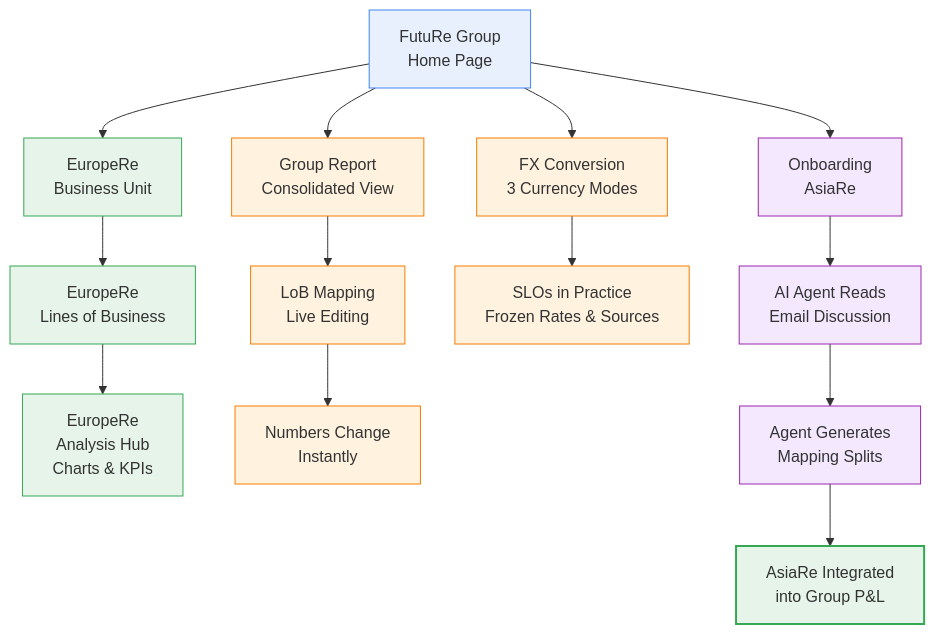
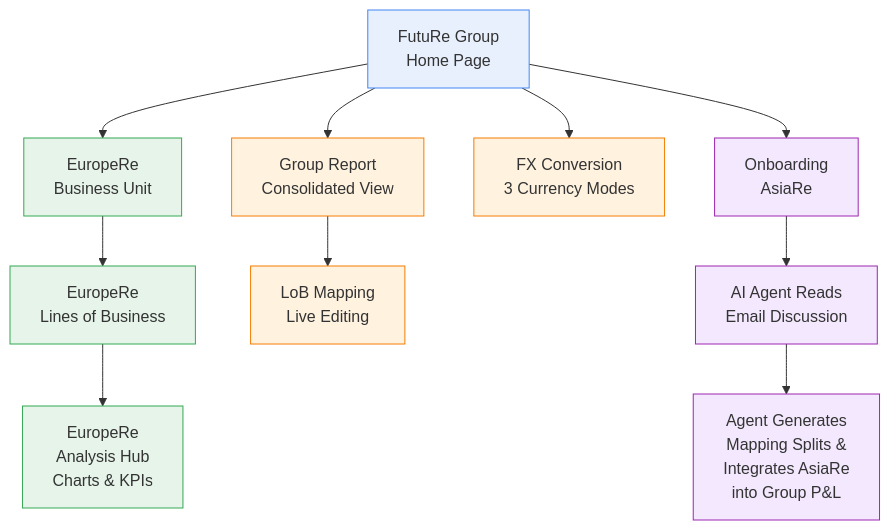
One commit to Systemorph/MeshWeaver changed the diagram in samples/Graph/Data/FutuRe/DemoRoadmap.md. Above: the diagram before and after it, drawn with Mermaid. The commit also changed other lines of this file and 31 other files, not shown here.

````diff
--- a/samples/Graph/Data/FutuRe/DemoRoadmap.md
+++ b/samples/Graph/Data/FutuRe/DemoRoadmap.md
@@ -15,40 +13,35 @@
 ```mermaid
 graph TD
     HOME["FutuRe Group<br/>Home Page"]
 
     HOME --> EU_BU["EuropeRe<br/>Business Unit"]
     EU_BU --> EU_LOB["EuropeRe<br/>Lines of Business"]
     EU_LOB --> EU_HUB["EuropeRe<br/>Analysis Hub<br/>Charts & KPIs"]
 
     HOME --> GROUP["Group Report<br/>Consolidated View"]
     GROUP --> MAPPING["LoB Mapping<br/>Live Editing"]
-    MAPPING --> IMPACT["Numbers Change<br/>Instantly"]
 
     HOME --> FX["FX Conversion<br/>3 Currency Modes"]
-    FX --> SLO["SLOs in Practice<br/>Frozen Rates & Sources"]
 
     HOME --> ASIA["Onboarding<br/>AsiaRe"]
     ASIA --> EMAIL["AI Agent Reads<br/>Email Discussion"]
-    EMAIL --> SPLITS["Agent Generates<br/>Mapping Splits"]
-    SPLITS --> LIVE["AsiaRe Integrated<br/>into Group P&L"]
+    EMAIL --> SPLITS["Agent Generates<br/>Mapping Splits &<br/>Integrates AsiaRe<br/>into Group P&L"]
 
     click HOME "FutuRe"
     click EU_BU "FutuRe/EuropeRe"
     click EU_LOB "FutuRe/EuropeRe/LineOfBusiness/Search"
     click EU_HUB "FutuRe/EuropeRe/Analysis/AnnualReport"
     click GROUP "FutuRe/Analysis/AnnualReport"
     click MAPPING "FutuRe/LobMapping"
     click FX "FutuRe/FxConversion"
 
     classDef home fill:#e8f0fe,stroke:#4285f4,color:#333,font-size:16px
     classDef explore fill:#e6f4ea,stroke:#34a853,color:#333
     classDef data fill:#fff3e0,stroke:#f57c00,color:#333
     classDef ai fill:#f3e8fd,stroke:#9c27b0,color:#333
-    classDef result fill:#e6f4ea,stroke:#34a853,color:#333,stroke-width:2px
 
     class HOME home
     class EU_BU,EU_LOB,EU_HUB explore
-    class GROUP,MAPPING,IMPACT,FX,SLO data
+    class GROUP,MAPPING,FX data
     class ASIA,EMAIL,SPLITS ai
-    class LIVE result
 ```
````
